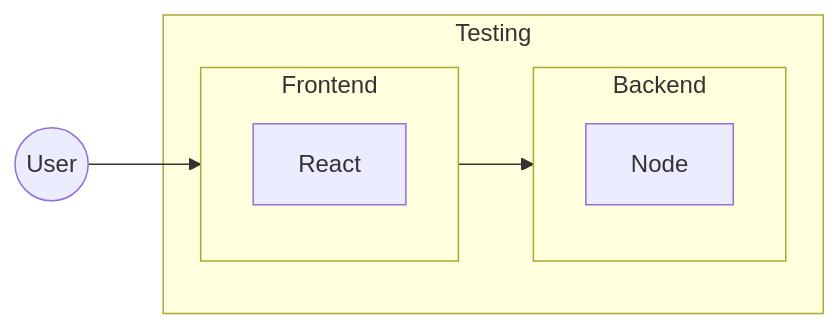
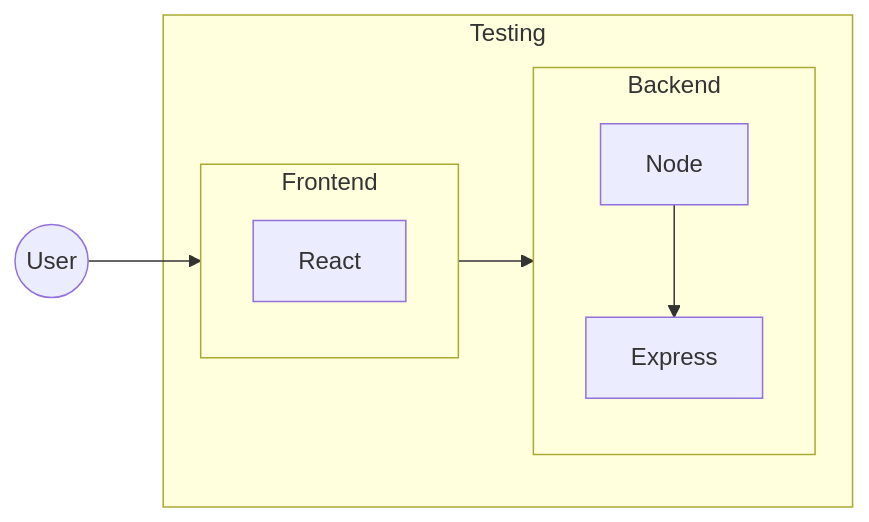
Before and after one commit to OfficialApurvChatur/POC02: the third of 7 diagrams in Readme.md, drawn with Mermaid. The commit also changed other lines of this file and 6 other files, not shown here.

````diff
--- a/Readme.md
+++ b/Readme.md
@@ -48,16 +48,18 @@
 ```mermaid
   flowchart LR
     User(("User"))
     subgraph Testing["Testing"]
       subgraph Frontend["Frontend"]
         React["React"]
       end
 
       subgraph Backend["Backend"]
         Node["Node"]
+        Express["Express"]
       end
     end
 
     User --> Frontend
     Frontend --> Backend
+      Node --> Express
 ```
````
